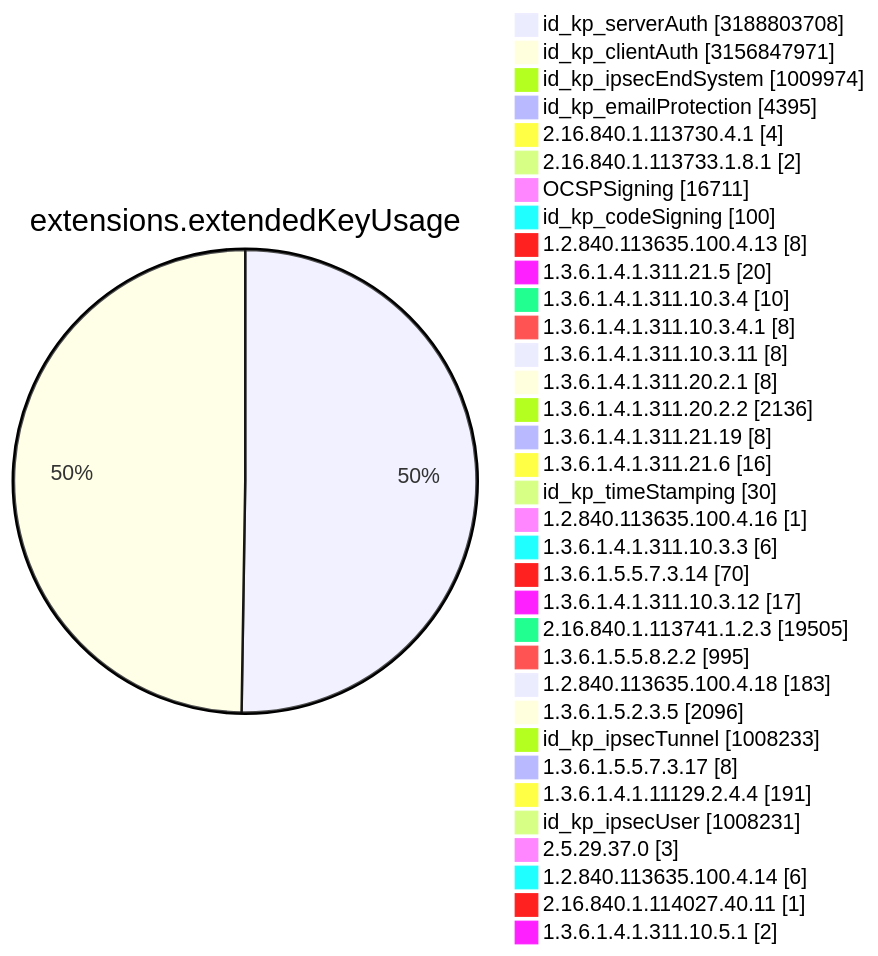
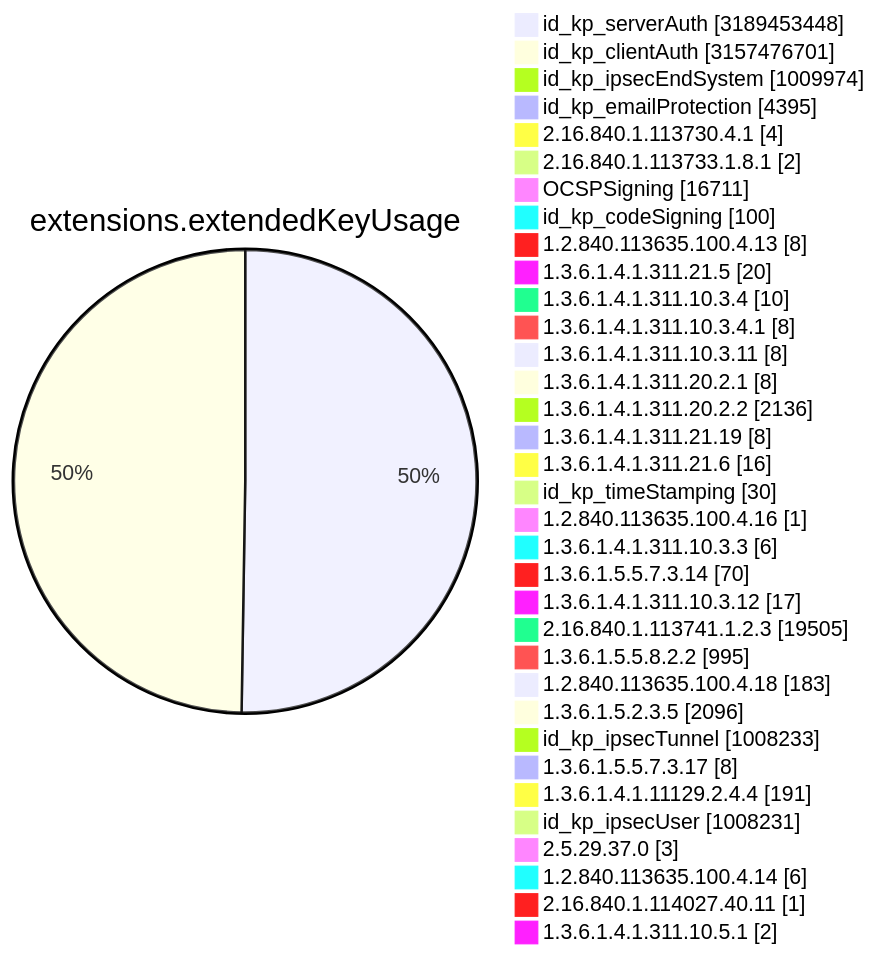
Diagram 11 of 15 in TOTAL/README.md (christiankrug/ctmonitor_visualization), drawn with Mermaid before and after one commit. The commit also changed other lines of this file, not shown here.

````diff
--- a/TOTAL/README.md
+++ b/TOTAL/README.md
@@ -4119,38 +4119,38 @@
 ```mermaid
 pie showData
 title extensions.extendedKeyUsage
-"id_kp_serverAuth" :3188803708
-"id_kp_clientAuth" :3156847971
+"id_kp_serverAuth" :3189453448
+"id_kp_clientAuth" :3157476701
 "id_kp_ipsecEndSystem" :1009974
 "id_kp_emailProtection" :4395
 "2.16.840.1.113730.4.1" :4
 "2.16.840.1.113733.1.8.1" :2
 "OCSPSigning" :16711
 "id_kp_codeSigning" :100
 "1.2.840.113635.100.4.13" :8
 "1.3.6.1.4.1.311.21.5" :20
 "1.3.6.1.4.1.311.10.3.4" :10
 "1.3.6.1.4.1.311.10.3.4.1" :8
 "1.3.6.1.4.1.311.10.3.11" :8
 "1.3.6.1.4.1.311.20.2.1" :8
 "1.3.6.1.4.1.311.20.2.2" :2136
 "1.3.6.1.4.1.311.21.19" :8
 "1.3.6.1.4.1.311.21.6" :16
 "id_kp_timeStamping" :30
 "1.2.840.113635.100.4.16" :1
 "1.3.6.1.4.1.311.10.3.3" :6
 "1.3.6.1.5.5.7.3.14" :70
 "1.3.6.1.4.1.311.10.3.12" :17
 "2.16.840.1.113741.1.2.3" :19505
 "1.3.6.1.5.5.8.2.2" :995
 "1.2.840.113635.100.4.18" :183
 "1.3.6.1.5.2.3.5" :2096
 "id_kp_ipsecTunnel" :1008233
 "1.3.6.1.5.5.7.3.17" :8
 "1.3.6.1.4.1.11129.2.4.4" :191
 "id_kp_ipsecUser" :1008231
 "2.5.29.37.0" :3
 "1.2.840.113635.100.4.14" :6
 "2.16.840.1.114027.40.11" :1
 "1.3.6.1.4.1.311.10.5.1" :2
 ```
````
